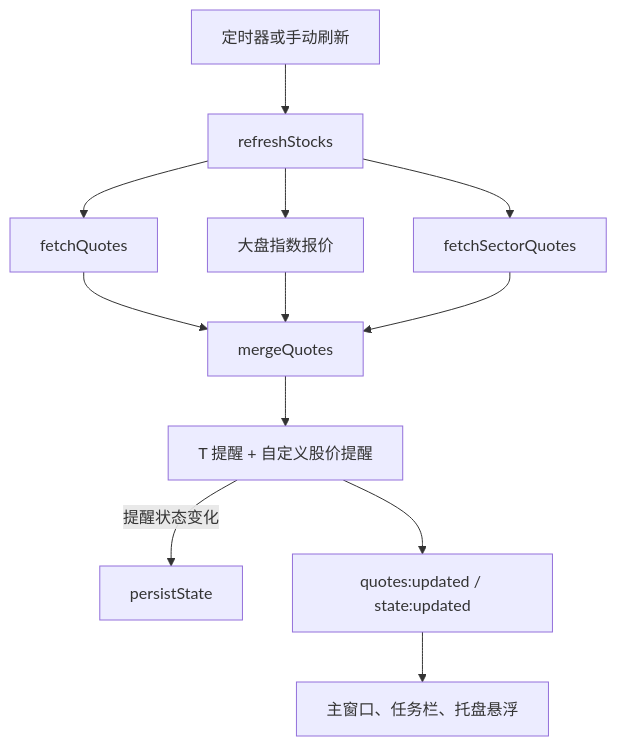
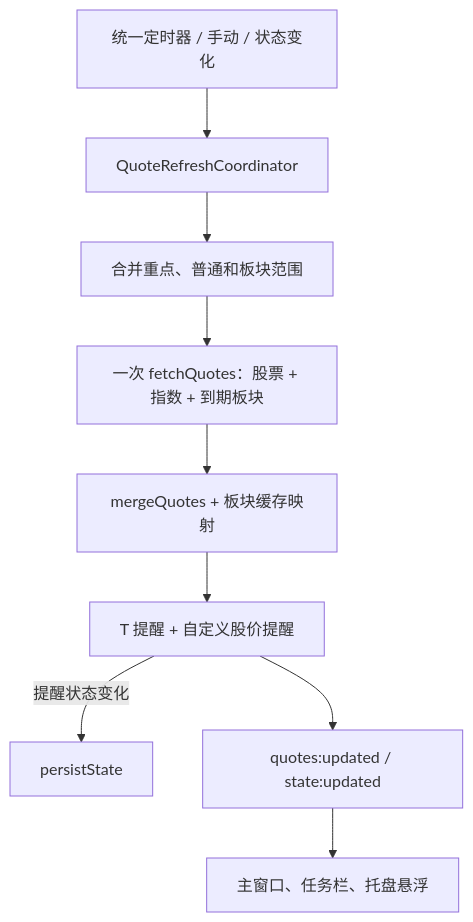
One commit to SingleOne/JianZhang changed the third of 3 diagrams in docs/wiki/01-architecture.md. Above: the diagram before and after it, drawn with Mermaid. The commit also changed other lines of this file and 18 other files, not shown here.

````diff
--- a/docs/wiki/01-architecture.md
+++ b/docs/wiki/01-architecture.md
@@ -113,14 +119,11 @@
 ```mermaid
 flowchart TD
-    TIMER["定时器或手动刷新"] --> REFRESH["refreshStocks"]
-    REFRESH --> QUOTES["fetchQuotes"]
-    REFRESH --> INDEX["大盘指数报价"]
-    REFRESH --> SECTOR["fetchSectorQuotes"]
-    QUOTES --> MERGE["mergeQuotes"]
-    INDEX --> MERGE
-    SECTOR --> MERGE
+    TIMER["统一定时器 / 手动 / 状态变化"] --> QUEUE["QuoteRefreshCoordinator"]
+    QUEUE --> SCOPE["合并重点、普通和板块范围"]
+    SCOPE --> QUOTES["一次 fetchQuotes：股票 + 指数 + 到期板块"]
+    QUOTES --> MERGE["mergeQuotes + 板块缓存映射"]
     MERGE --> ALERT["T 提醒 + 自定义股价提醒"]
     ALERT -->|"提醒状态变化"| SAVE["persistState"]
     ALERT --> BROADCAST["quotes:updated / state:updated"]
     BROADCAST --> WINDOWS["主窗口、任务栏、托盘悬浮"]
 ```
````
